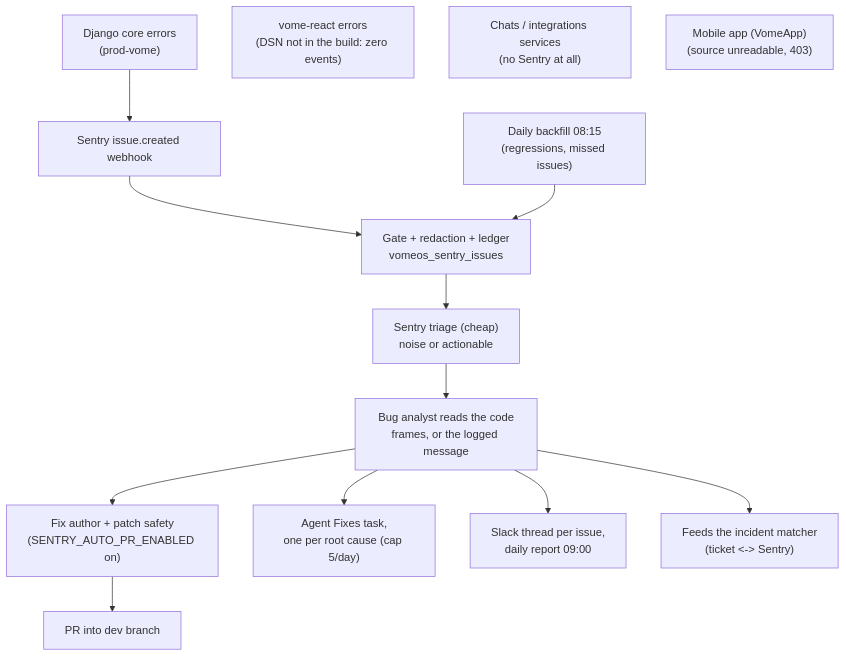
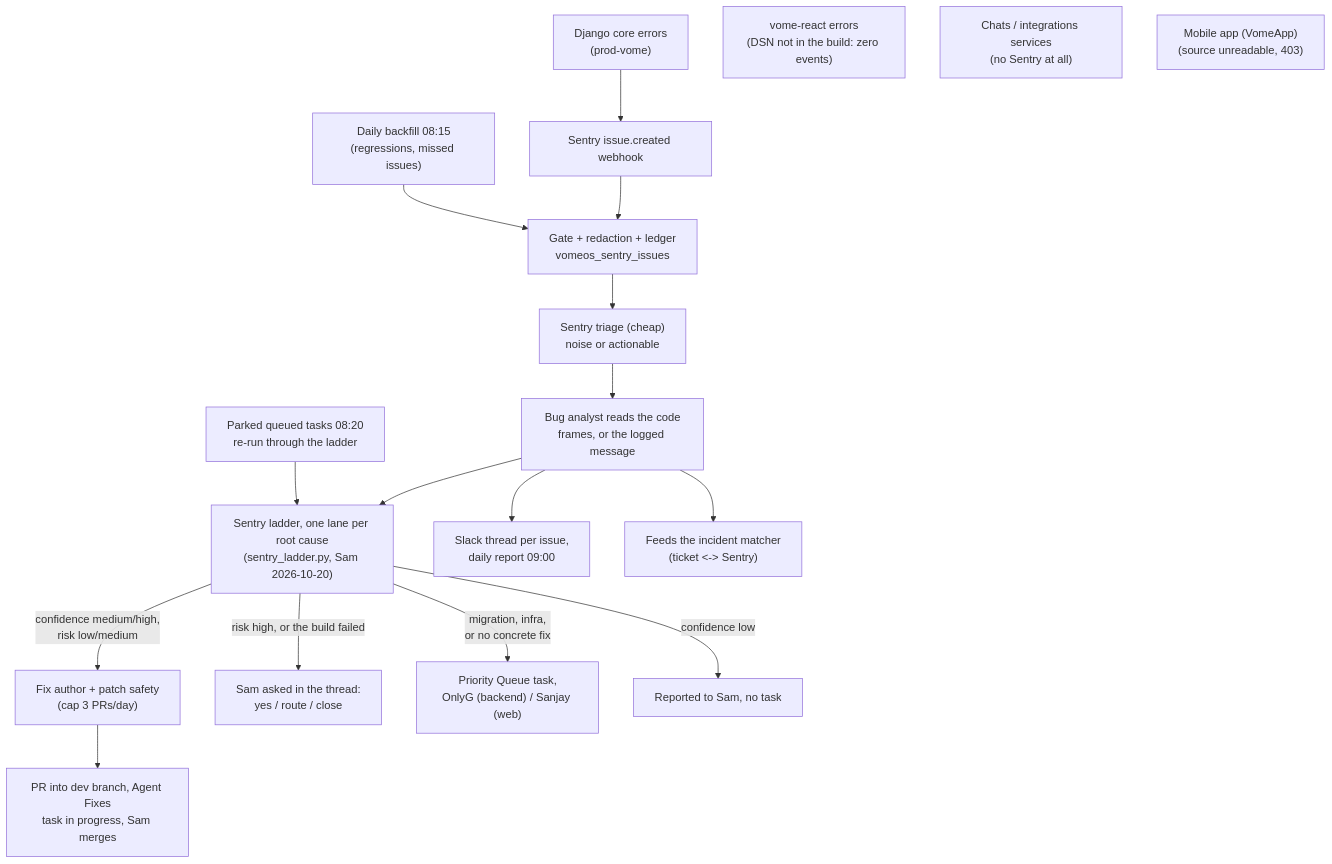
Before and after one commit to vomeadmin/vome-os: the third of 11 diagrams in WORKFLOWS.md, drawn with Mermaid. The commit also changed 14 other files, not shown here.

First line of the commit message:
Sentry ladder: every issue is fixed, asked, routed or reported; fix sync gaps

````diff
--- a/WORKFLOWS.md
+++ b/WORKFLOWS.md
@@ -77,16 +77,20 @@
 ```mermaid
 flowchart TD
   E1["Django core errors<br/>(prod-vome)"]:::live --> WH["Sentry issue.created webhook"]:::live
   E2["vome-react errors<br/>(DSN not in the build: zero events)"]:::broken
   E3["Chats / integrations services<br/>(no Sentry at all)"]:::broken
   E4["Mobile app (VomeApp)<br/>(source unreadable, 403)"]:::broken
   WH --> G["Gate + redaction + ledger<br/>vomeos_sentry_issues"]:::live
   BF["Daily backfill 08:15<br/>(regressions, missed issues)"]:::deployed --> G
   G --> TR["Sentry triage (cheap)<br/>noise or actionable"]:::live
   TR --> AN["Bug analyst reads the code<br/>frames, or the logged message"]:::deployed
-  AN --> FX["Fix author + patch safety<br/>(SENTRY_AUTO_PR_ENABLED on)"]:::deployed
-  FX --> PRS["PR into dev branch"]:::deployed
-  AN --> AFS["Agent Fixes task,<br/>one per root cause (cap 5/day)"]:::deployed
+  AN --> LAD["Sentry ladder, one lane per root cause<br/>(sentry_ladder.py, Sam 2026-10-20)"]:::built
+  LAD -->|"confidence medium/high,<br/>risk low/medium"| FX["Fix author + patch safety<br/>(cap 3 PRs/day)"]:::built
+  FX --> PRS["PR into dev branch, Agent Fixes<br/>task in progress, Sam merges"]:::built
+  LAD -->|"risk high, or the build failed"| GL["Sam asked in the thread:<br/>yes / route / close"]:::built
+  LAD -->|"migration, infra,<br/>or no concrete fix"| ENG["Priority Queue task,<br/>OnlyG (backend) / Sanjay (web)"]:::built
+  LAD -->|"confidence low"| RPT["Reported to Sam, no task"]:::built
+  PK["Parked queued tasks 08:20<br/>re-run through the ladder"]:::built --> LAD
   AN --> SL["Slack thread per issue,<br/>daily report 09:00"]:::live
   AN --> INC["Feeds the incident matcher<br/>(ticket <-> Sentry)"]:::deployed
 ```
````
